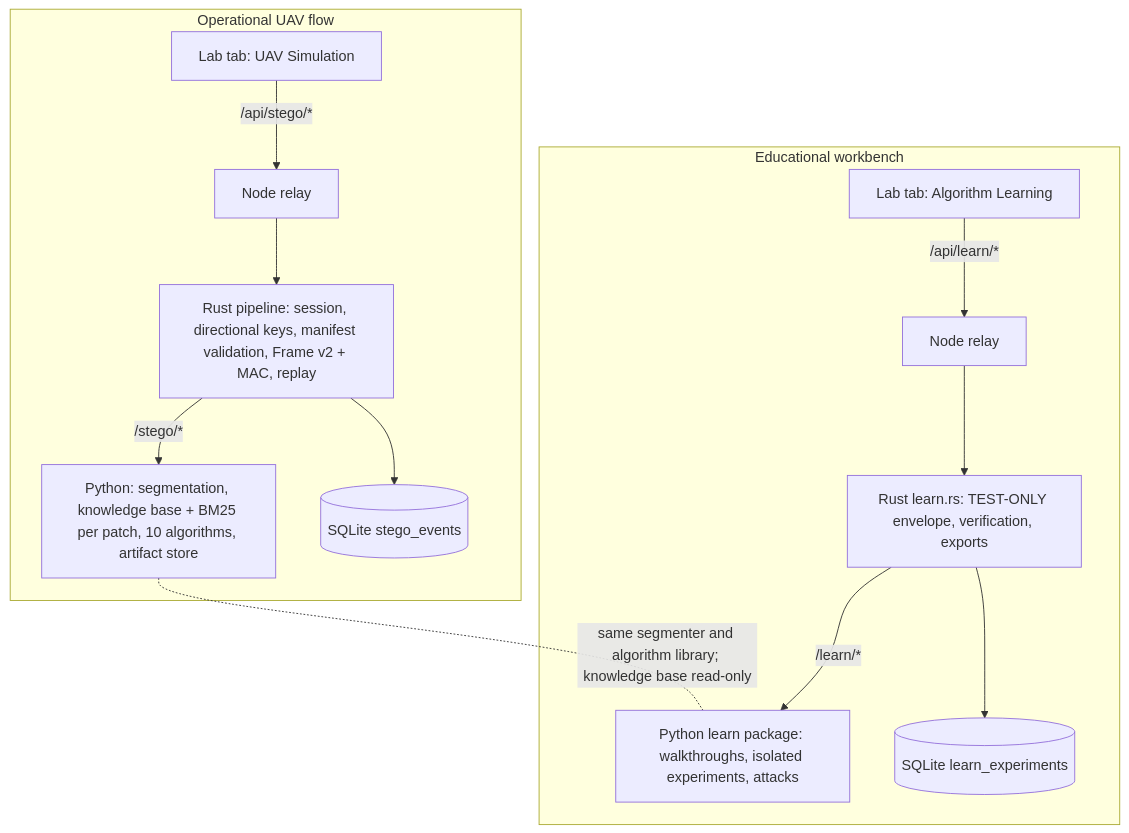
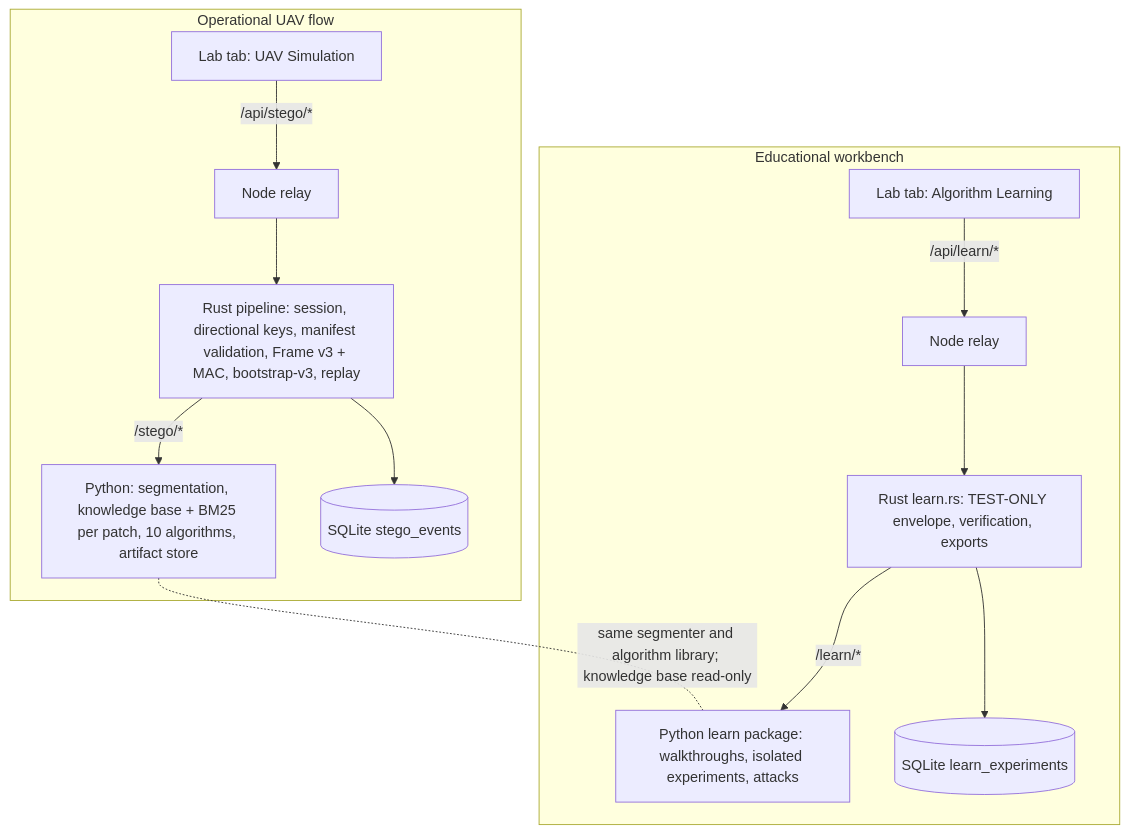
One commit to sanjaykn8/IOD changed the diagram in docs/learning-workbench.md. Above: the diagram before and after it, drawn with Mermaid. The commit also changed other lines of this file and 189 other files, not shown here.

````diff
--- a/docs/learning-workbench.md
+++ b/docs/learning-workbench.md
@@ -10,14 +10,14 @@
 ```mermaid
 flowchart TB
   subgraph OPS[Operational UAV flow]
-    UIo[Lab tab: UAV Simulation] -->|/api/stego/*| N1[Node relay] --> R1[Rust pipeline: session, directional keys, manifest validation, Frame v2 + MAC, replay]
+    UIo[Lab tab: UAV Simulation] -->|/api/stego/*| N1[Node relay] --> R1[Rust pipeline: session, directional keys, manifest validation, Frame v3 + MAC, bootstrap-v3, replay]
     R1 -->|/stego/*| P1[Python: segmentation, knowledge base + BM25 per patch, 10 algorithms, artifact store]
     R1 --> E1[(SQLite stego_events)]
   end
   subgraph EDU[Educational workbench]
     UIe[Lab tab: Algorithm Learning] -->|/api/learn/*| N2[Node relay] --> R2[Rust learn.rs: TEST-ONLY envelope, verification, exports]
     R2 -->|/learn/*| P2[Python learn package: walkthroughs, isolated experiments, attacks]
     R2 --> E2[(SQLite learn_experiments)]
   end
   P1 -. same segmenter and algorithm library; knowledge base read-only .- P2
 ```
````
